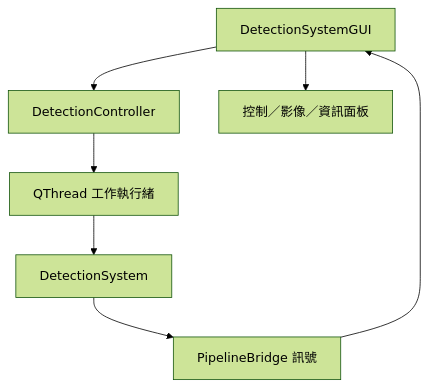
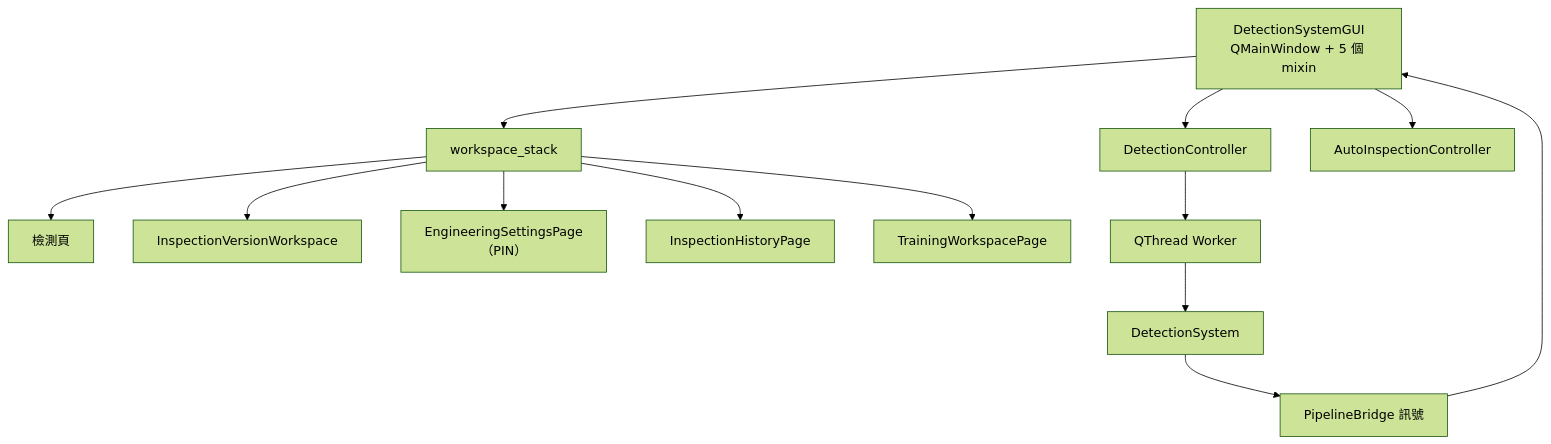
Before and after one commit to DioWang67/Yolo_anomalib: the second of 2 diagrams in docs/architecture/MODULE_ARCHITECTURE_ZH_TW.md, drawn with Mermaid (forest theme). The commit also changed other lines of this file and 2 other files, not shown here.

First line of the commit message:
docs(architecture): rewrite the module architecture from a code audit

````diff
--- a/docs/architecture/MODULE_ARCHITECTURE_ZH_TW.md
+++ b/docs/architecture/MODULE_ARCHITECTURE_ZH_TW.md
@@ -110,9 +172,15 @@
 ```mermaid
 graph TD
-    MainWindow[DetectionSystemGUI] --> Controller[DetectionController]
-    MainWindow --> Panels[控制／影像／資訊面板]
-    Controller --> Workers[QThread 工作執行緒]
+    MainWindow[DetectionSystemGUI<br/>QMainWindow + 5 個 mixin] --> Stack[workspace_stack]
+    Stack --> Inspect[檢測頁]
+    Stack --> Versions[InspectionVersionWorkspace]
+    Stack --> Eng[EngineeringSettingsPage（PIN）]
+    Stack --> History[InspectionHistoryPage]
+    Stack --> Training[TrainingWorkspacePage]
+    MainWindow --> Controller[DetectionController]
+    MainWindow --> Auto[AutoInspectionController]
+    Controller --> Workers[QThread Worker]
     Workers --> Core[DetectionSystem]
     Core --> Bridge[PipelineBridge 訊號]
     Bridge --> MainWindow
 ```
````
